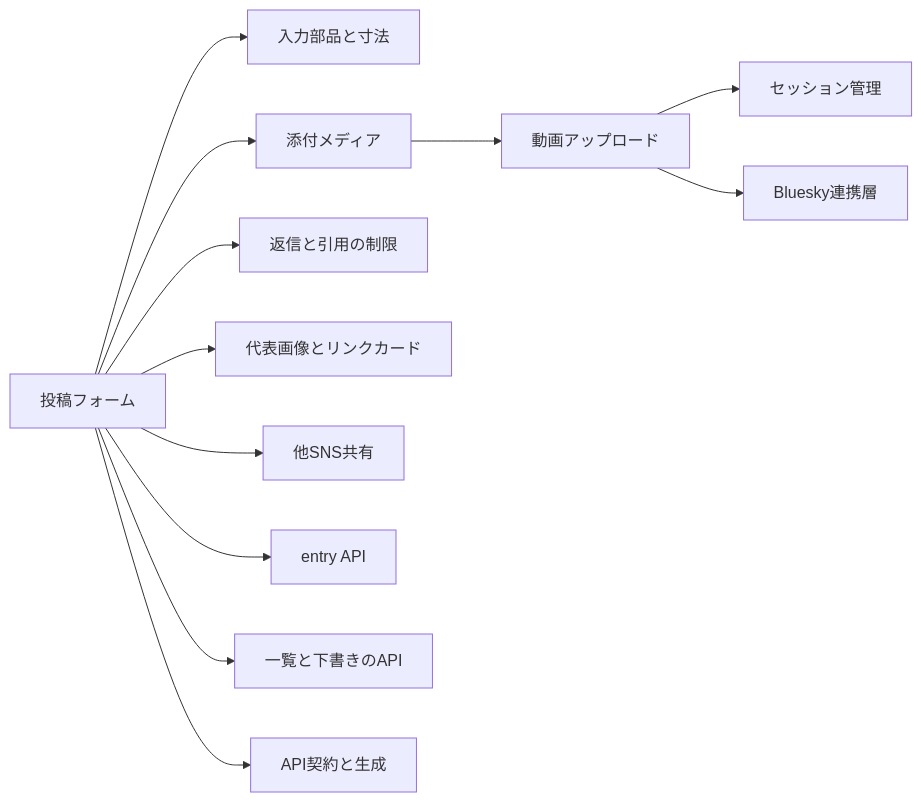
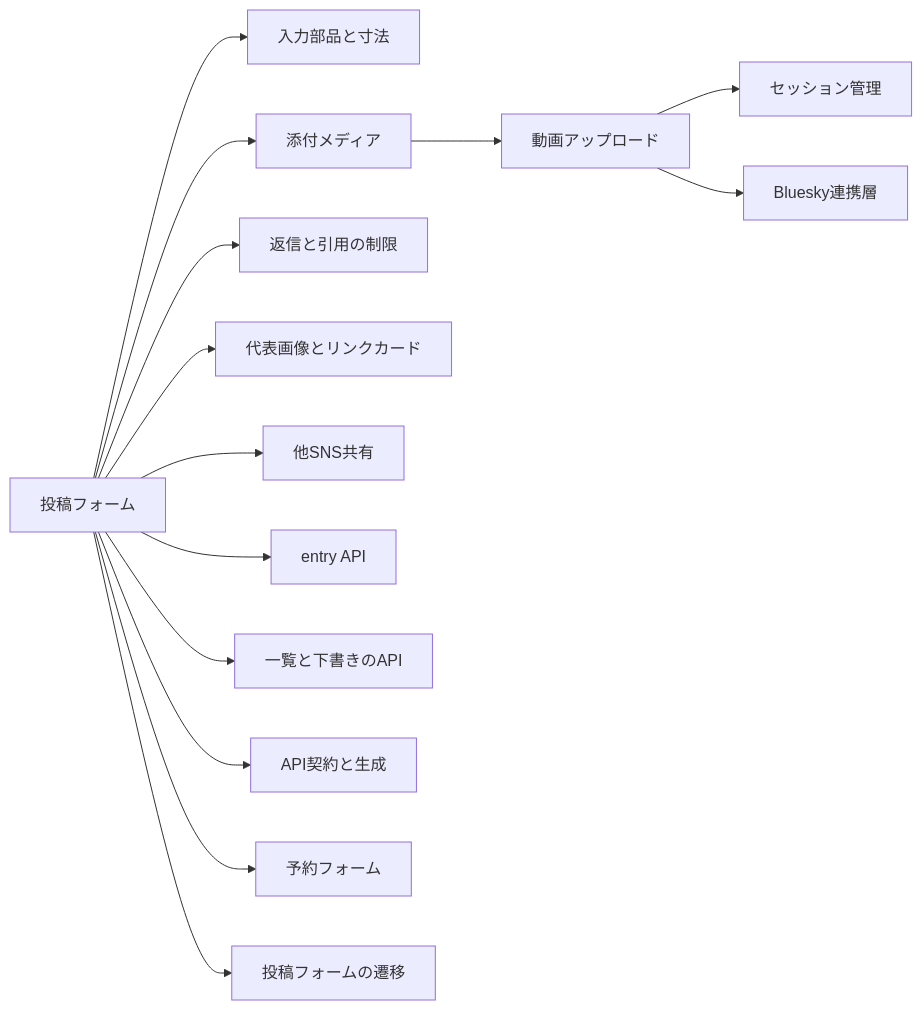
One commit to nekono-dev/skyshare changed the first of 6 diagrams in docs/architecture/compose.md. Above: the diagram before and after it, drawn with Mermaid. The commit also changed other lines of this file and 269 other files, not shown here.

````diff
--- a/docs/architecture/compose.md
+++ b/docs/architecture/compose.md
@@ -34,14 +36,16 @@
 ```mermaid
 flowchart LR
   composer["投稿フォーム"] --> input["入力部品と寸法"]
   composer --> media["添付メディア"]
   composer --> gate["返信と引用の制限"]
   composer --> visual["代表画像とリンクカード"]
   composer --> share["他SNS共有"]
   composer --> entryapi["entry API"]
   composer --> listapi["一覧と下書きのAPI"]
   composer --> contract["API契約と生成"]
+  composer --> schedule["予約フォーム"]
+  composer --> navigation["投稿フォームの遷移"]
   media --> video["動画アップロード"]
   video --> session["セッション管理"]
   video --> atproto["Bluesky連携層"]
 ```
````
